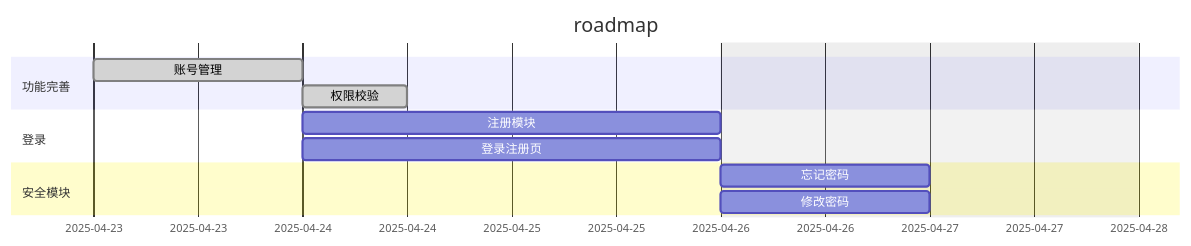
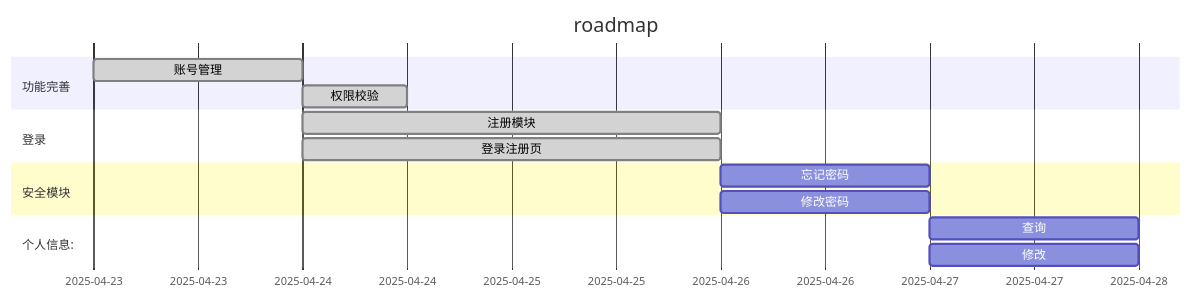
One commit to TeamVastsea/vastsea-sso-frontend changed the diagram in README.md. Above: the diagram before and after it, drawn with Mermaid. The commit also changed other lines of this file, not shown here.

Commit message:
doc: update roadmap

````diff
--- a/README.md
+++ b/README.md
@@ -43,15 +43,17 @@
 ```mermaid
 gantt
     title roadmap
     dateFormat YYYY-MM-DD
-    excludes    weekends
     section 功能完善
-        账号管理 : done, base, 2025-04-23, 1d
-        权限校验 : done, after base, 12h
+      账号管理 : done, base, 2025-04-23, 1d
+      权限校验 : done, after base, 12h
     section 登录
-        注册模块 :   done a2, 2025-04-24,2025-04-26
-        登录注册页 : after a2, 2025-04-24,2025-04-26
+      注册模块   : done , a2, 2025-04-24,2025-04-26
+      登录注册页 : done ,after a2, 2025-04-24,2025-04-26
     section 安全模块
-        忘记密码 : after a2, 1d
-        修改密码 : after a2, 1d
+      忘记密码 : secPwdForget,after a2, 1d
+      修改密码 : secPwdUpdate,after a2, 1d
+    section 个人信息:
+      查询 : profileQuery, after secPwdUpdate, 1d
+      修改 : profileUpdate,after secPwdUpdate, 1d
 ```
````
